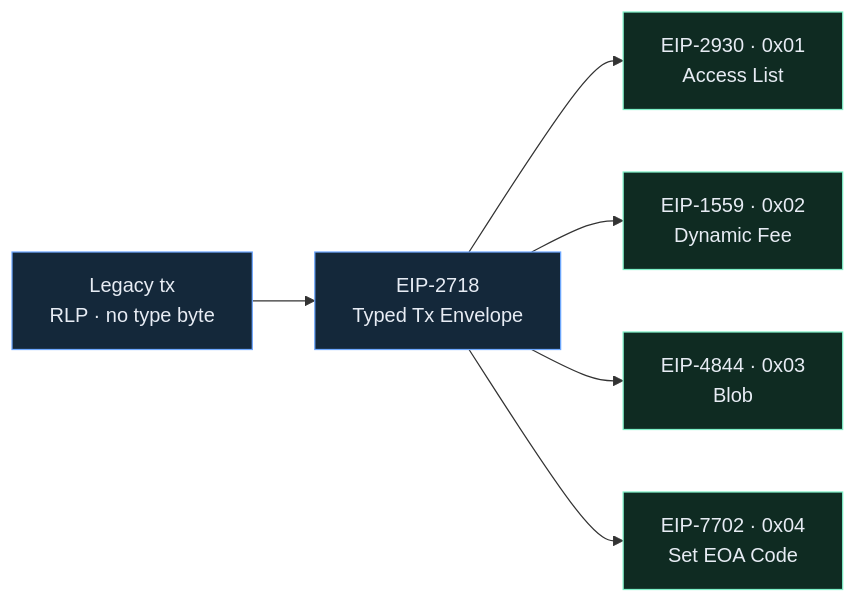
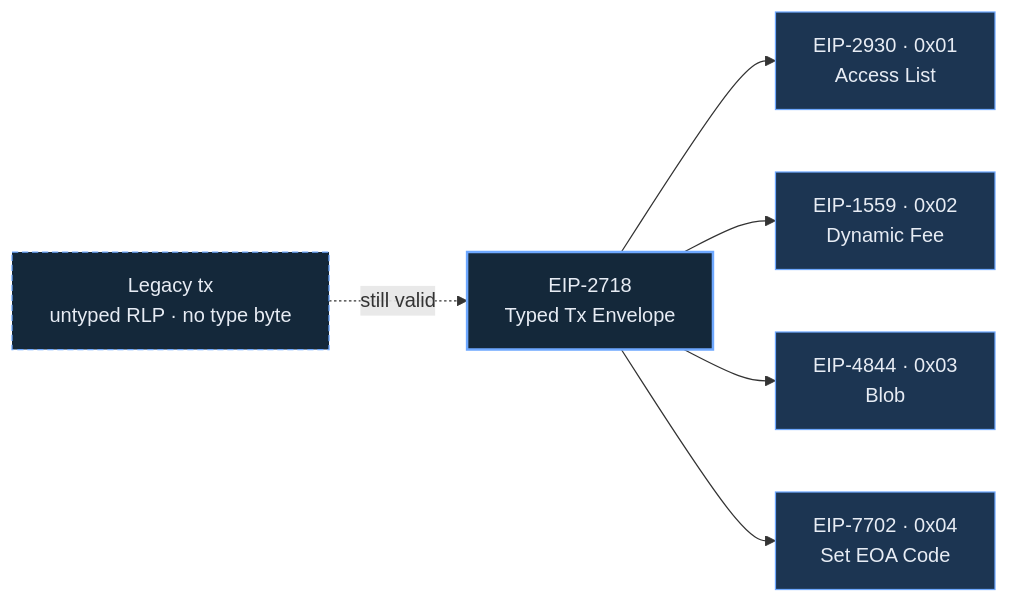
The second of 3 diagrams in README.md (Dansgit2b/awesome-clear-signing), drawn with Mermaid before and after one commit. The commit also changed other lines of this file, not shown here.

First line of the commit message:
Apply 5-agent diagram review: fix relationships, unify color language, add legends

````diff
--- a/README.md
+++ b/README.md
@@ -88,13 +90,16 @@
 ```mermaid
 graph LR
-  legacy["Legacy tx<br/>RLP · no type byte"] --> e2718["EIP-2718<br/>Typed Tx Envelope"]
+  legacy["Legacy tx<br/>untyped RLP · no type byte"]
+  legacy -. "still valid" .-> e2718["EIP-2718<br/>Typed Tx Envelope"]
   e2718 --> t01["EIP-2930 · 0x01<br/>Access List"]
   e2718 --> t02["EIP-1559 · 0x02<br/>Dynamic Fee"]
   e2718 --> t03["EIP-4844 · 0x03<br/>Blob"]
   e2718 --> t04["EIP-7702 · 0x04<br/>Set EOA Code"]
 
-  classDef env fill:#14283a,stroke:#6ea8ff,color:#e7ecf4;
-  classDef ty fill:#0f2b22,stroke:#7ef0c8,color:#e7ecf4;
-  class legacy,e2718 env;
+  classDef env fill:#14283a,stroke:#6ea8ff,color:#e7ecf4,stroke-width:2px;
+  classDef ty fill:#1c3552,stroke:#6ea8ff,color:#e7ecf4;
+  classDef leg fill:#14283a,stroke:#6ea8ff,color:#e7ecf4,stroke-dasharray:5 3;
+  class e2718 env;
   class t01,t02,t03,t04 ty;
+  class legacy leg;
 ```
````
